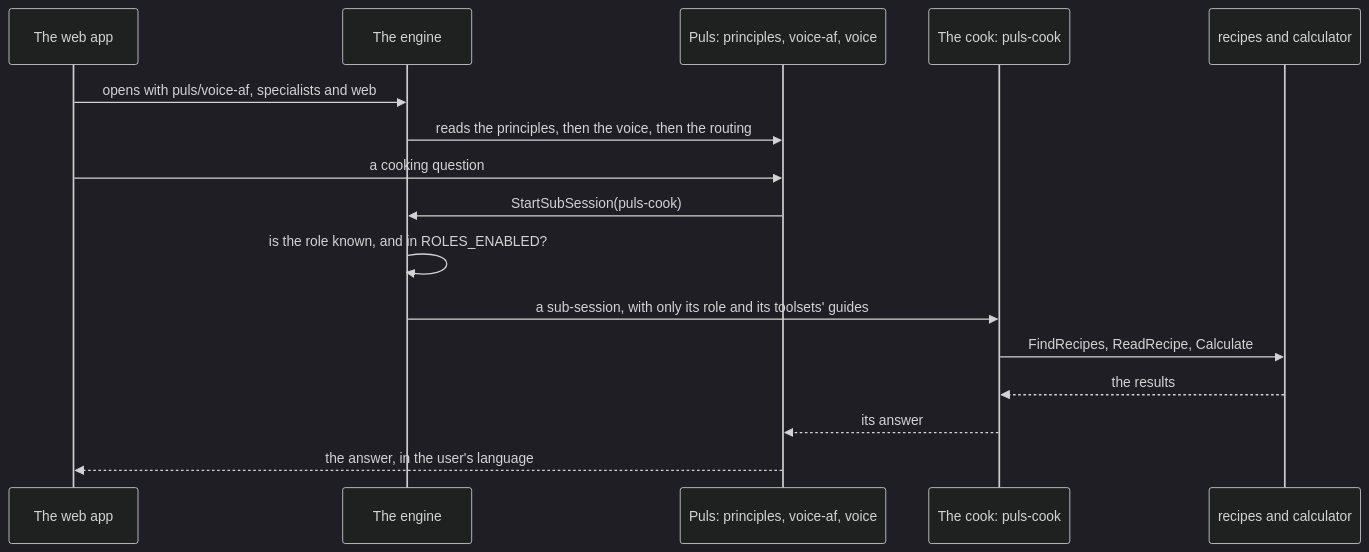
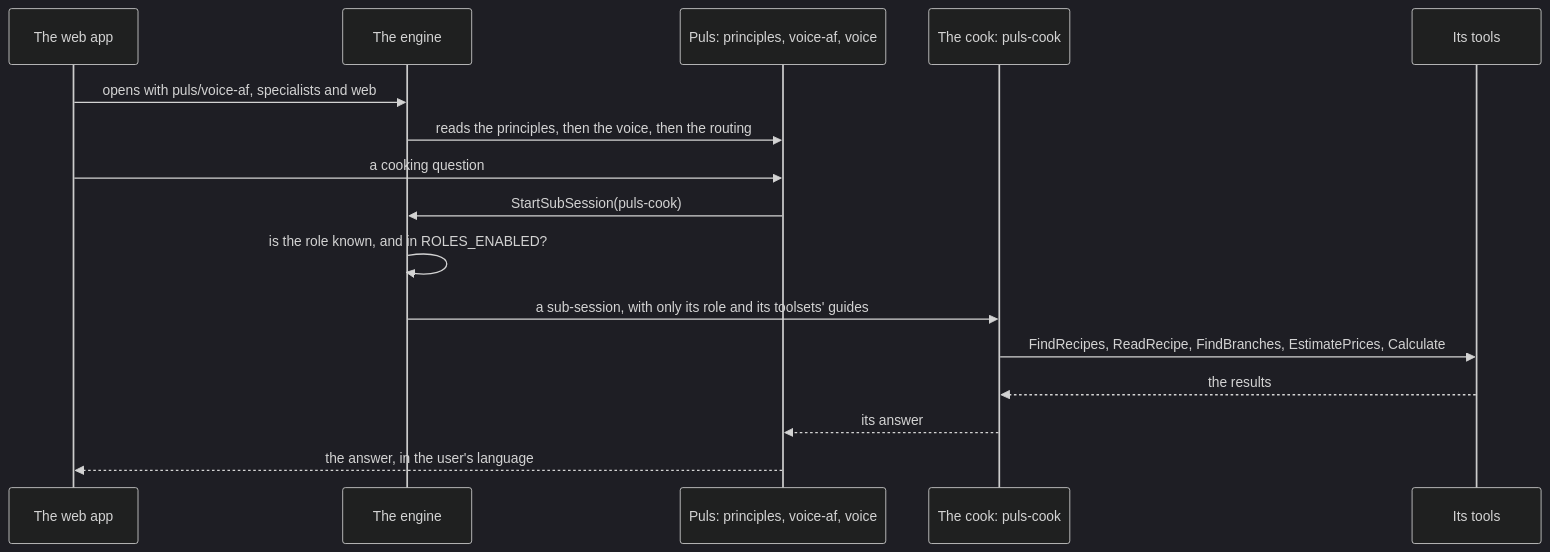
One commit to bosbevk/louis-agent changed the second of 2 diagrams in demos/puls/docs/projects/louis-agent.identity.puls.md. Above: the diagram before and after it, drawn with Mermaid (dark theme). The commit also changed other lines of this file and 4 other files, not shown here.

First line of the commit message:
docs(project-diagrams): the old text the diagrams turned up matches the code

````diff
--- a/demos/puls/docs/projects/louis-agent.identity.puls.md
+++ b/demos/puls/docs/projects/louis-agent.identity.puls.md
@@ -65,18 +64,18 @@
 ```mermaid
 sequenceDiagram
     participant W as The web app
     participant E as The engine
     participant V as Puls: principles, voice-af, voice
     participant C as The cook: puls-cook
-    participant T as recipes and calculator
+    participant T as Its tools
     W->>E: opens with puls/voice-af, specialists and web
     E->>V: reads the principles, then the voice, then the routing
     W->>V: a cooking question
     V->>E: StartSubSession(puls-cook)
     E->>E: is the role known, and in ROLES_ENABLED?
     E->>C: a sub-session, with only its role and its toolsets' guides
-    C->>T: FindRecipes, ReadRecipe, Calculate
+    C->>T: FindRecipes, ReadRecipe, FindBranches, EstimatePrices, Calculate
     T-->>C: the results
     C-->>V: its answer
     V-->>W: the answer, in the user's language
 ```
````
